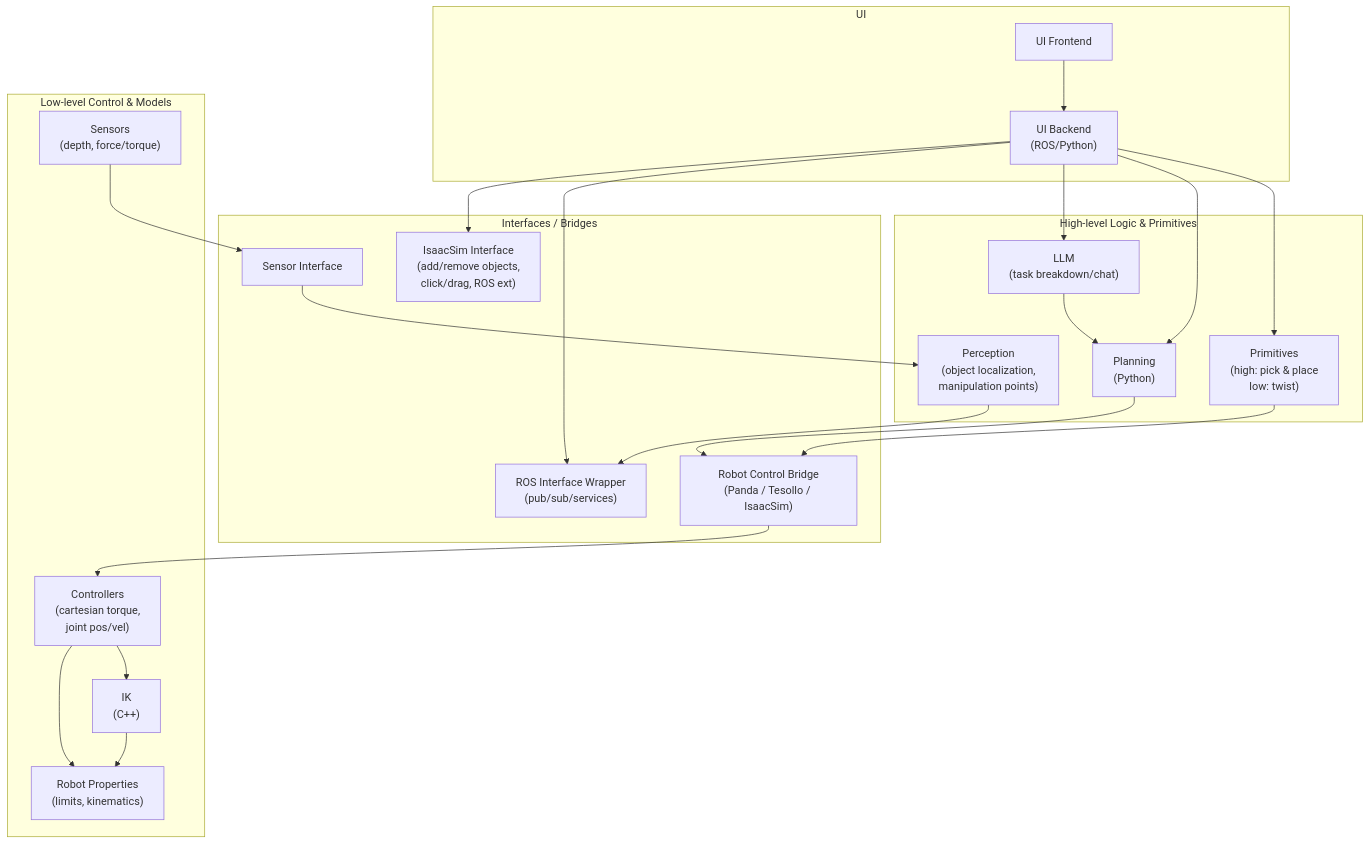
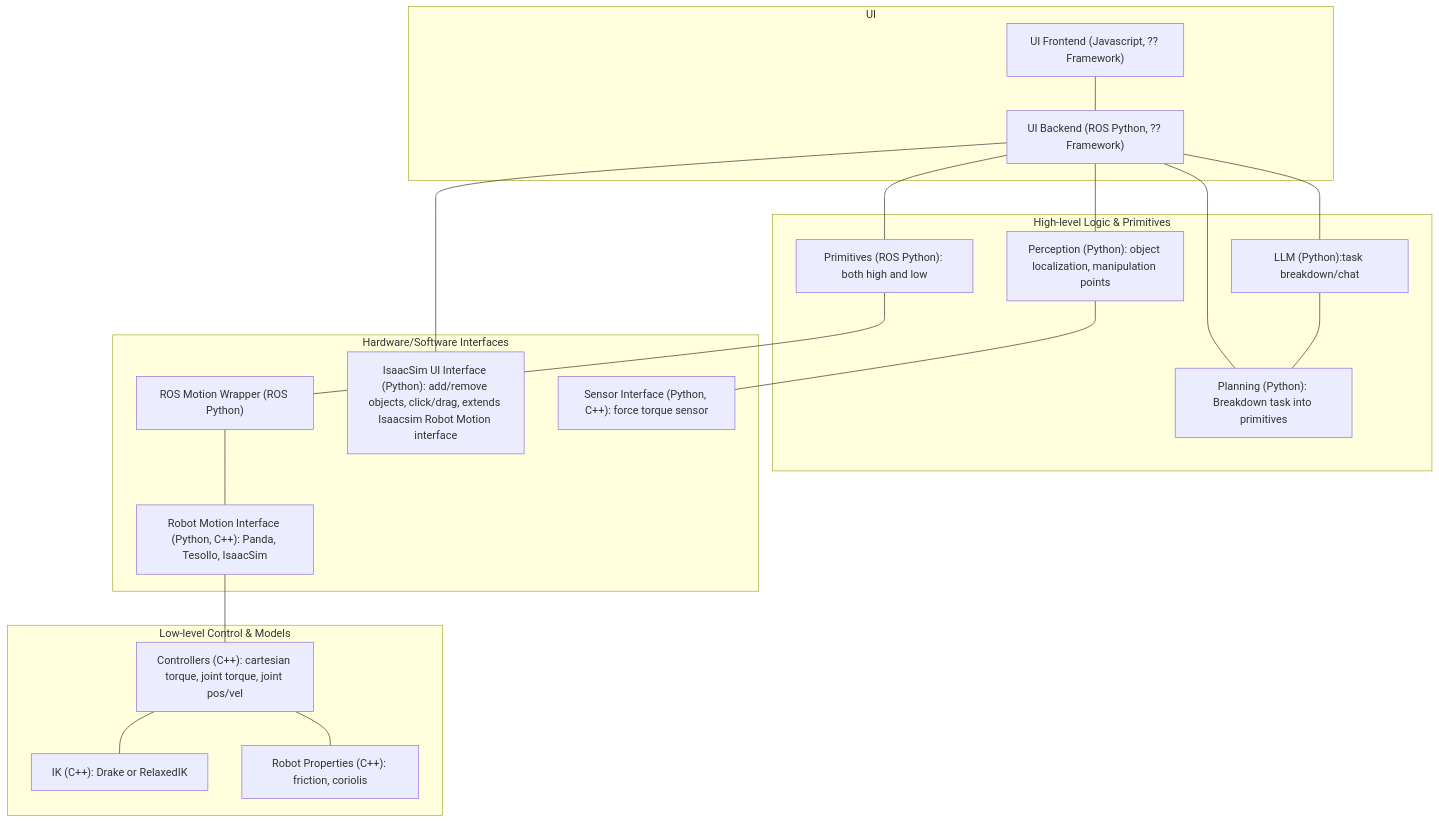
The second of 2 diagrams in README.md (Wisc-HCI/dexterity-interface), drawn with Mermaid before and after one commit.

Commit message:
Fixed system diagram

````diff
--- a/README.md
+++ b/README.md
@@ -72,54 +72,53 @@
 ```mermaid
 flowchart TD
 
 %% --- UI (top) ---
 subgraph L1["UI"]
-  UIF["UI Frontend"]
-  UIB["UI Backend\n(ROS/Python)"]
-  UIF --> UIB
+  UIF["UI Frontend (Javascript, ?? Framework)"]
+  UIB["UI Backend (ROS Python, ?? Framework)"]
+  UIF --- UIB
 end
 
 %% --- High-level logic / Primitives ---
 subgraph L2["High-level Logic & Primitives"]
-  PRIM["Primitives\n(high: pick & place\nlow: twist)"]
-  PLAN["Planning\n(Python)"]
-  LLM["LLM\n(task breakdown/chat)"]
-  PERC["Perception\n(object localization,\nmanipulation points)"]
+  PRIM["Primitives (ROS Python): both high and low"]
+  PLAN["Planning (Python): Breakdown task into primitives"]
+  LLM["LLM (Python):task breakdown/chat "]
+  PERC["Perception (Python): object localization, manipulation points"]
 end
 
 %% --- Interfaces ---
-subgraph L3["Interfaces / Bridges"]
-  ROSI["ROS Interface Wrapper\n(pub/sub/services)"]
-  ISAACI["IsaacSim Interface\n(add/remove objects,\nclick/drag, ROS ext)"]
-  RCTL["Robot Control Bridge\n(Panda / Tesollo / IsaacSim)"]
-  SENSI["Sensor Interface"]
+subgraph L3["Hardware/Software Interfaces"]
+  ROSI["ROS Motion Wrapper (ROS Python)"]
+  RCTL["Robot Motion Interface (Python, C++): Panda, Tesollo, IsaacSim"]
+  ISAACI["IsaacSim UI Interface (Python): add/remove objects, click/drag, extends Isaacsim Robot Motion interface"]
+  SENSI["Sensor Interface (Python, C++): force torque sensor"]
 end
 
 %% --- Low level (bottom) ---
 subgraph L4["Low-level Control & Models"]
-  CTRLS["Controllers\n(cartesian torque,\njoint pos/vel)"]
-  IK["IK\n(C++)"]
-  RPROPS["Robot Properties\n(limits, kinematics)"]
-  SENS["Sensors\n(depth, force/torque)"]
+  CTRLS["Controllers (C++): cartesian torque, joint torque, joint pos/vel"]
+  IK["IK (C++): Drake or RelaxedIK"]
+  RPROPS["Robot Properties (C++): friction, coriolis"]
 end
 
 %% --- Wiring (top → bottom) ---
-UIB --> PRIM
-UIB --> PLAN
-UIB --> LLM
-UIB --> ROSI
-UIB --> ISAACI
+UIB --- PRIM
+UIB --- PLAN
+UIB --- LLM
+UIB --- PERC
+UIB --- ISAACI
 
-LLM --> PLAN
-PRIM --> RCTL
-PLAN --> RCTL
-PERC --> ROSI
-SENS --> SENSI
-SENSI --> PERC
+PRIM --- ROSI
+LLM --- PLAN
 
-RCTL --> CTRLS
-CTRLS --> IK
-CTRLS --> RPROPS
-IK --> RPROPS
+ROSI --- RCTL
+PERC --- SENSI
+
+
+RCTL --- CTRLS
+CTRLS --- IK
+CTRLS --- RPROPS
+
 
 ```
````
